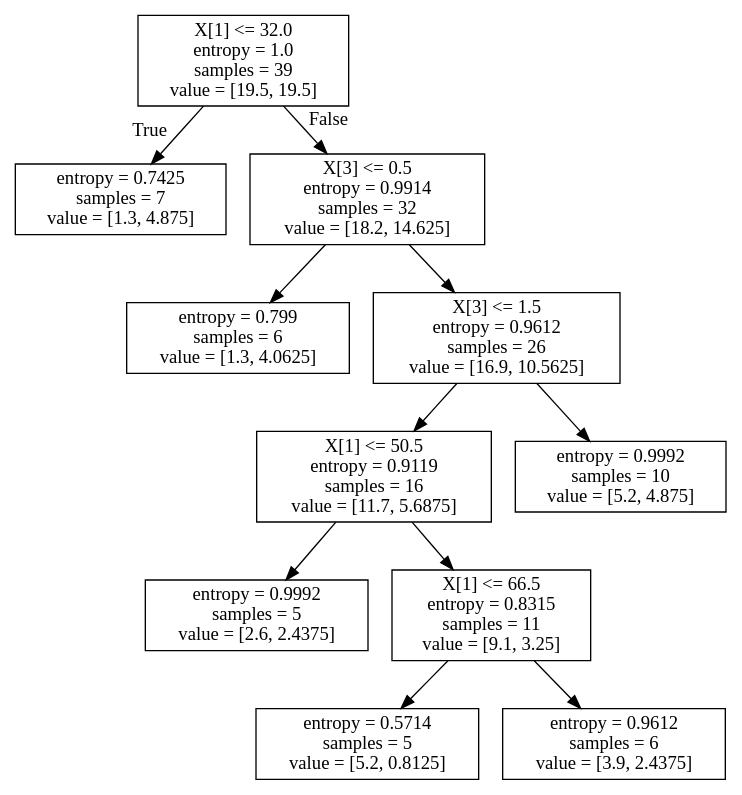
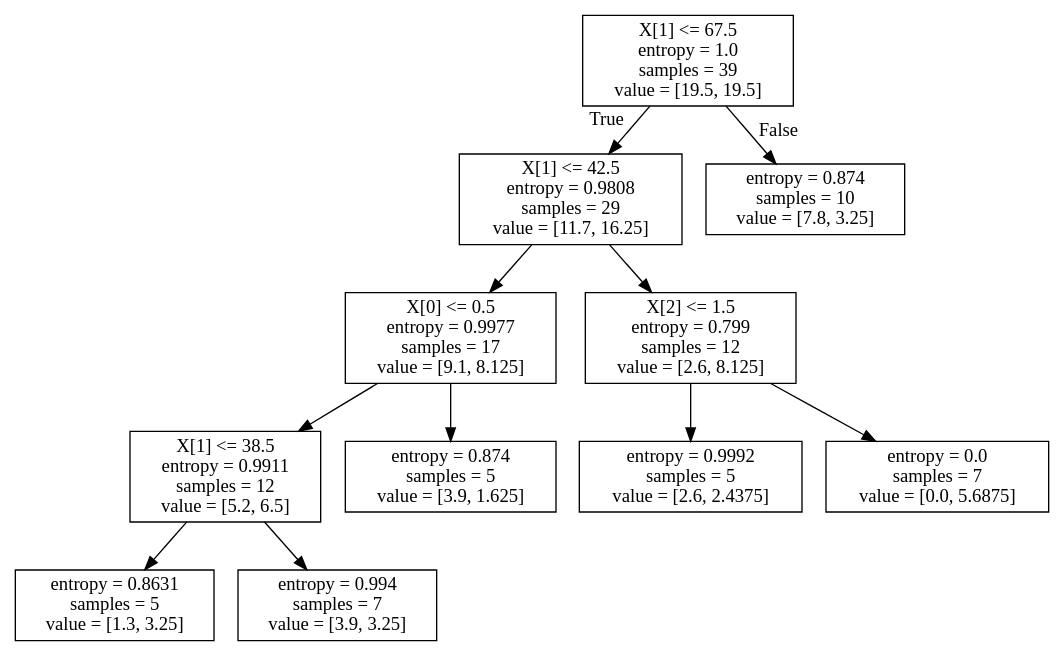
The diagram in iris.dot (DeepinSC/Machine_learning-Countryside), drawn with Graphviz before and after one commit. The commit also changed 2 other files, not shown here.

```diff
--- a/iris.dot
+++ b/iris.dot
@@ -1,24 +1,24 @@
 digraph Tree {
 node [shape=box] ;
-0 [label="X[1] <= 32.0\nentropy = 1.0\nsamples = 39\nvalue = [19.5, 19.5]"] ;
-1 [label="entropy = 0.7425\nsamples = 7\nvalue = [1.3, 4.875]"] ;
+0 [label="X[1] <= 67.5\nentropy = 1.0\nsamples = 39\nvalue = [19.5, 19.5]"] ;
+1 [label="X[1] <= 42.5\nentropy = 0.9808\nsamples = 29\nvalue = [11.7, 16.25]"] ;
 0 -> 1 [labeldistance=2.5, labelangle=45, headlabel="True"] ;
-2 [label="X[3] <= 0.5\nentropy = 0.9914\nsamples = 32\nvalue = [18.2, 14.625]"] ;
-0 -> 2 [labeldistance=2.5, labelangle=-45, headlabel="False"] ;
-3 [label="entropy = 0.799\nsamples = 6\nvalue = [1.3, 4.0625]"] ;
+2 [label="X[0] <= 0.5\nentropy = 0.9977\nsamples = 17\nvalue = [9.1, 8.125]"] ;
+1 -> 2 ;
+3 [label="X[1] <= 38.5\nentropy = 0.9911\nsamples = 12\nvalue = [5.2, 6.5]"] ;
 2 -> 3 ;
-4 [label="X[3] <= 1.5\nentropy = 0.9612\nsamples = 26\nvalue = [16.9, 10.5625]"] ;
-2 -> 4 ;
-5 [label="X[1] <= 50.5\nentropy = 0.9119\nsamples = 16\nvalue = [11.7, 5.6875]"] ;
-4 -> 5 ;
-6 [label="entropy = 0.9992\nsamples = 5\nvalue = [2.6, 2.4375]"] ;
-5 -> 6 ;
-7 [label="X[1] <= 66.5\nentropy = 0.8315\nsamples = 11\nvalue = [9.1, 3.25]"] ;
-5 -> 7 ;
-8 [label="entropy = 0.5714\nsamples = 5\nvalue = [5.2, 0.8125]"] ;
+4 [label="entropy = 0.8631\nsamples = 5\nvalue = [1.3, 3.25]"] ;
+3 -> 4 ;
+5 [label="entropy = 0.994\nsamples = 7\nvalue = [3.9, 3.25]"] ;
+3 -> 5 ;
+6 [label="entropy = 0.874\nsamples = 5\nvalue = [3.9, 1.625]"] ;
+2 -> 6 ;
+7 [label="X[2] <= 1.5\nentropy = 0.799\nsamples = 12\nvalue = [2.6, 8.125]"] ;
+1 -> 7 ;
+8 [label="entropy = 0.9992\nsamples = 5\nvalue = [2.6, 2.4375]"] ;
 7 -> 8 ;
-9 [label="entropy = 0.9612\nsamples = 6\nvalue = [3.9, 2.4375]"] ;
+9 [label="entropy = 0.0\nsamples = 7\nvalue = [0.0, 5.6875]"] ;
 7 -> 9 ;
-10 [label="entropy = 0.9992\nsamples = 10\nvalue = [5.2, 4.875]"] ;
-4 -> 10 ;
+10 [label="entropy = 0.874\nsamples = 10\nvalue = [7.8, 3.25]"] ;
+0 -> 10 [labeldistance=2.5, labelangle=-45, headlabel="False"] ;
 }
```
